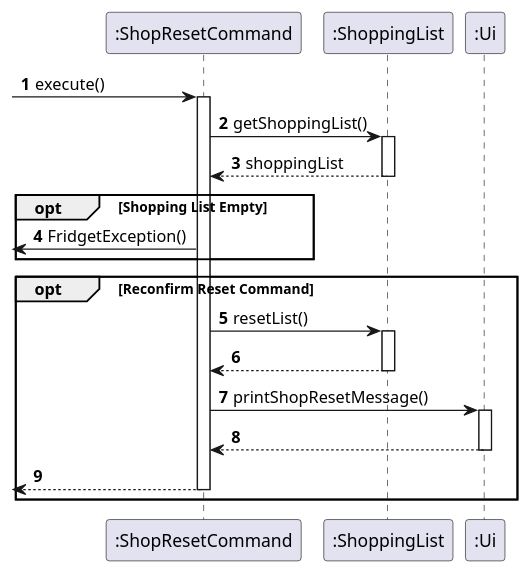
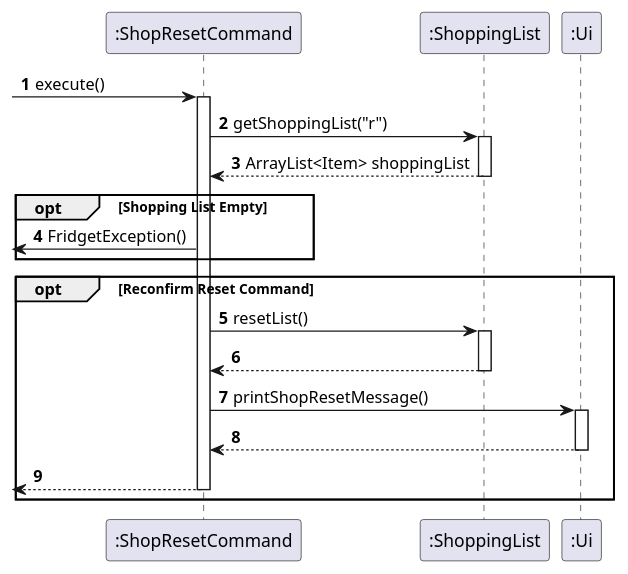
One commit to uosjapuelks/tp changed the diagram in docs/pumlFiles/ShopResetSequence.puml. Above: the diagram before and after it, drawn with PlantUML. The commit also changed 2 other files, not shown here.

Commit message:
Fix ShopReset Sequence

```diff
--- a/docs/pumlFiles/ShopResetSequence.puml
+++ b/docs/pumlFiles/ShopResetSequence.puml
@@ -1,33 +1,33 @@
 @startuml
 'https://plantuml.com/sequence-diagram
 
 autonumber
 
 -> ":ShopResetCommand": execute()
 activate ":ShopResetCommand"
 
-":ShopResetCommand" -> ":ShoppingList": getShoppingList()
+":ShopResetCommand" -> ":ShoppingList": getShoppingList("r")
 activate ":ShoppingList"
-":ShopResetCommand" <-- ":ShoppingList": shoppingList
+":ShopResetCommand" <-- ":ShoppingList": ArrayList<Item> shoppingList
 deactivate ":ShoppingList"
 
 opt Shopping List Empty
 <- ":ShopResetCommand": FridgetException()
 end
 
 opt Reconfirm Reset Command
 
     ":ShopResetCommand" -> ":ShoppingList": resetList()
     activate ":ShoppingList"
     ":ShopResetCommand" <-- ":ShoppingList":
     deactivate ":ShoppingList"
 
     ":ShopResetCommand" -> ":Ui": printShopResetMessage()
     activate ":Ui"
     ":ShopResetCommand" <-- ":Ui"
     deactivate ":Ui"
 
     <-- ":ShopResetCommand"
     deactivate ":ShopResetCommand"
 end
 @enduml
```
